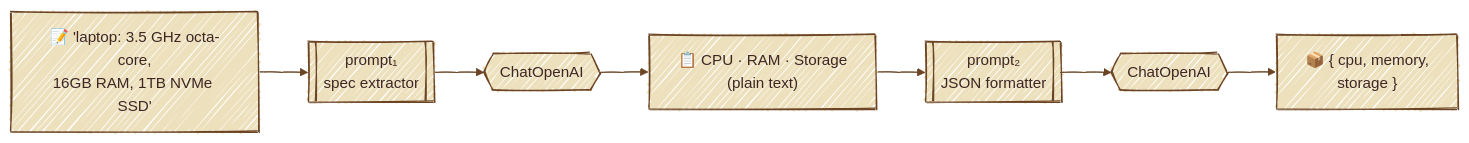
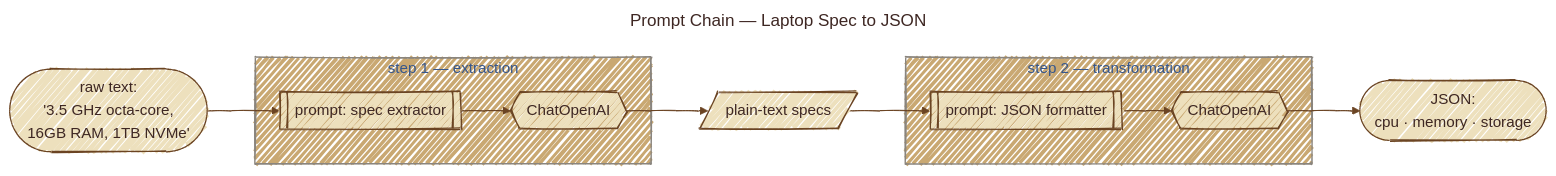
One commit to gtesei/agentic_design_patterns changed the first of 29 diagrams in README.md. Above: the diagram before and after it, drawn with Mermaid. The commit also changed other lines of this file, not shown here.

Commit message:
docs(1_prompt_chain): add Mermaid diagram of the spec→JSON chain

````diff
--- a/README.md
+++ b/README.md
@@ -203,12 +203,27 @@
 ```mermaid
+---
+title: Prompt Chain — Laptop Spec to JSON
+---
 %%{init: {'look':'handDrawn','theme':'base','themeVariables':{'background':'#f5ecd9','primaryColor':'#ede0bd','primaryBorderColor':'#6b4423','primaryTextColor':'#3e2723','lineColor':'#6b4423','secondaryColor':'#d4b483','tertiaryColor':'#c9a872','fontFamily':'Caveat, Patrick Hand, cursive'}}}%%
 flowchart LR
-    In["📝 'laptop: 3.5 GHz octa-core,<br/>16GB RAM, 1TB NVMe SSD'"]
-    P1[["prompt₁<br/>spec extractor"]]
-    L1{{ChatOpenAI}}
-    Mid["📋 CPU · RAM · Storage<br/>(plain text)"]
-    P2[["prompt₂<br/>JSON formatter"]]
-    L2{{ChatOpenAI}}
-    Out["📦 { cpu, memory,<br/>storage }"]
-    In --> P1 --> L1 --> Mid --> P2 --> L2 --> Out
+    In([raw text:<br/>'3.5 GHz octa-core,<br/>16GB RAM, 1TB NVMe'])
+    Out([JSON:<br/>cpu · memory · storage])
+
+    subgraph extract ["step 1 — extraction"]
+        P1[[prompt: spec extractor]]
+        L1{{ChatOpenAI}}
+        P1 --> L1
+    end
+
+    Mid[/plain-text specs/]
+
+    subgraph transform ["step 2 — transformation"]
+        P2[[prompt: JSON formatter]]
+        L2{{ChatOpenAI}}
+        P2 --> L2
+    end
+
+    In --> P1
+    L1 --> Mid --> P2
+    L2 --> Out
 ```
````
